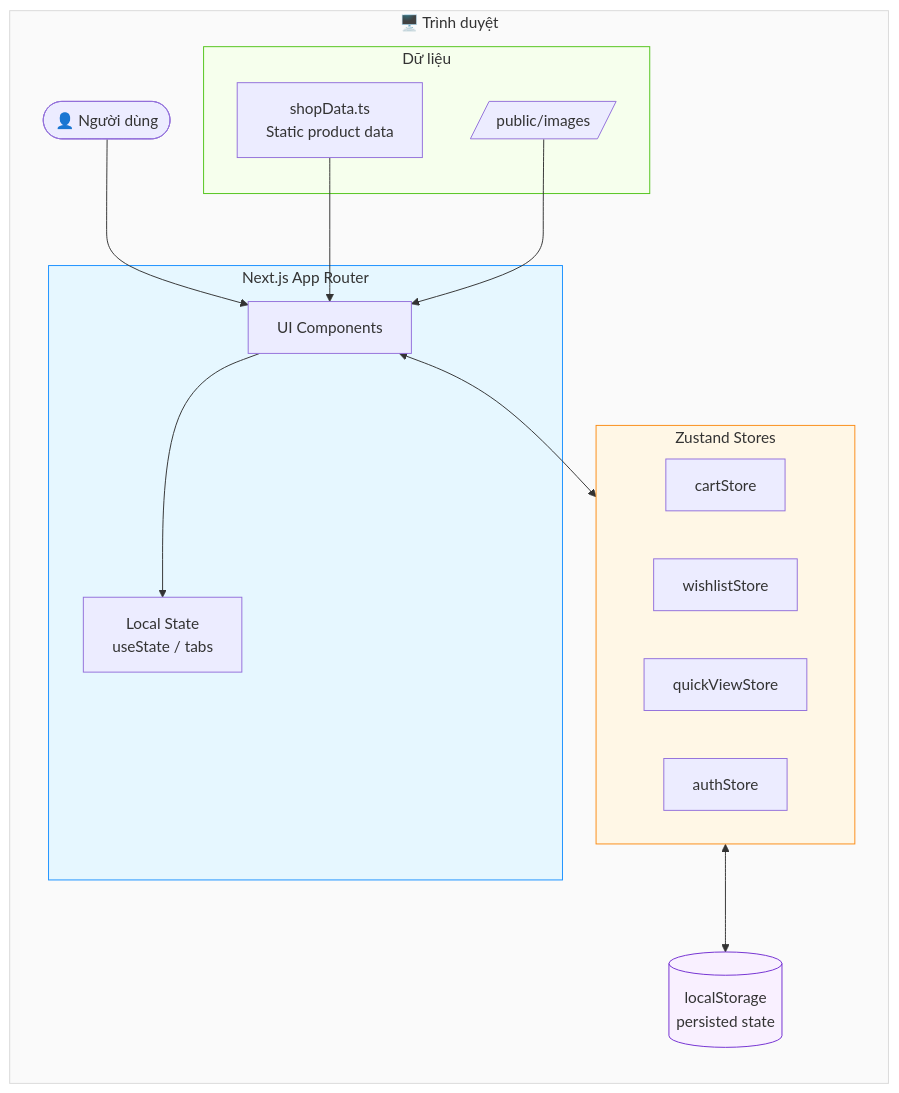
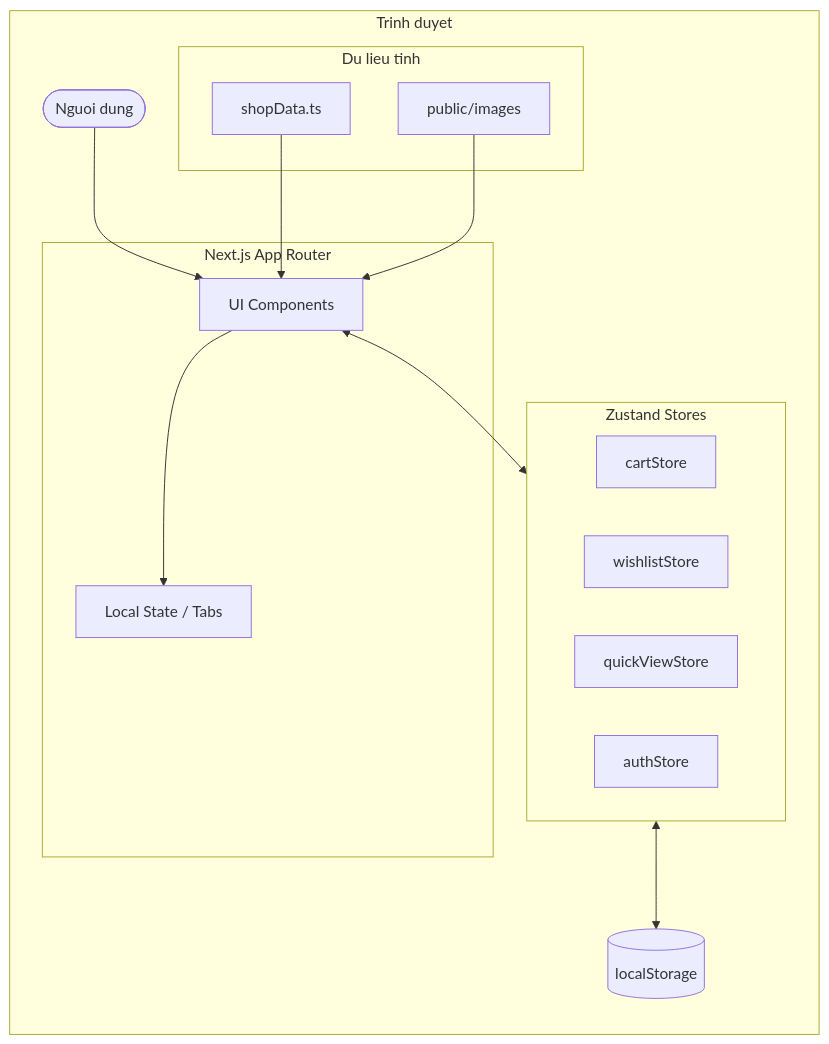
One commit to NguyenDinhDang/Docs-E-commerce changed the second of 10 diagrams in 07-so-do-mermaid.md. Above: the diagram before and after it, drawn with Mermaid. The commit also changed other lines of this file, not shown here.

Commit message:
Fix mermaid code

````diff
--- a/07-so-do-mermaid.md
+++ b/07-so-do-mermaid.md
@@ -37,35 +31,33 @@
 ```mermaid
 flowchart LR
-    subgraph Client["🖥️ Trình duyệt"]
+    subgraph Client["Trinh duyet"]
         direction TB
-        User([👤 Người dùng])
+        User([Nguoi dung])
+
         subgraph NextJS["Next.js App Router"]
             UI[UI Components]
-            LocalState[Local State\nuseState / tabs]
+            LocalState[Local State / Tabs]
         end
+
         subgraph StateLayer["Zustand Stores"]
             CartStore[cartStore]
             WishStore[wishlistStore]
             QVStore[quickViewStore]
             AuthStore[authStore]
         end
-        subgraph DataLayer["Dữ liệu"]
-            ShopData[shopData.ts\nStatic product data]
-            Images[/public/images/]
+
+        subgraph DataLayer["Du lieu tinh"]
+            ShopData[shopData.ts]
+            Images[public/images]
         end
-        LS[(localStorage\npersisted state)]
+
+        LS[(localStorage)]
     end
 
     User --> UI
     UI --> LocalState
     UI <--> StateLayer
     ShopData --> UI
     Images --> UI
     StateLayer <--> LS
-
-    style Client fill:#fafafa,stroke:#d9d9d9
-    style NextJS fill:#e6f7ff,stroke:#1890ff
-    style StateLayer fill:#fff7e6,stroke:#fa8c16
-    style DataLayer fill:#f6ffed,stroke:#52c41a
-    style LS fill:#f9f0ff,stroke:#722ed1
 ```
````
